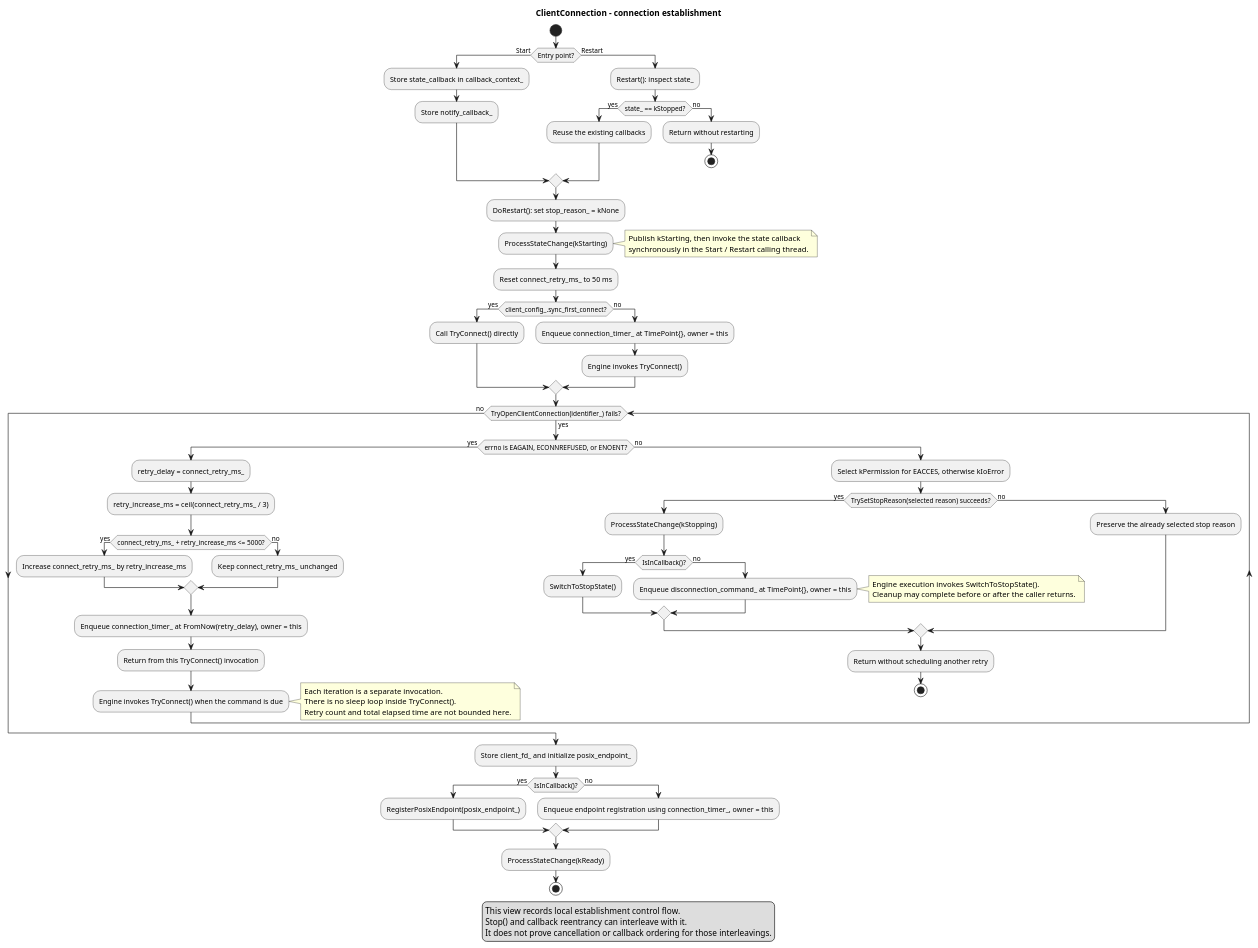
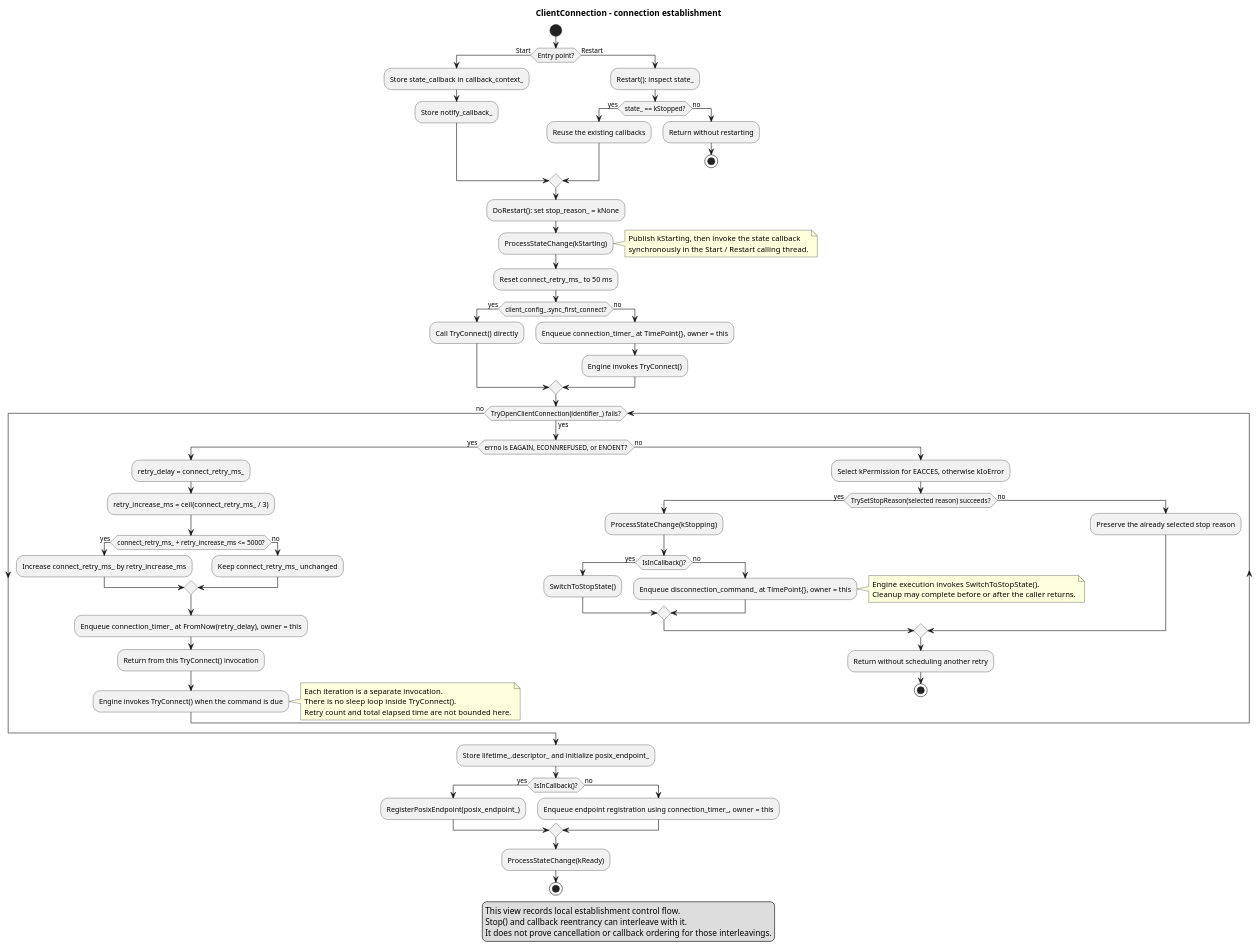
One commit to eclipse-score/communication changed the diagram in score/message_passing/dependability/software_unit_design/client_connection_connect_activity.puml. Above: the diagram before and after it, drawn with PlantUML. The commit also changed 43 other files, not shown here.

```diff
--- a/score/message_passing/dependability/software_unit_design/client_connection_connect_activity.puml
+++ b/score/message_passing/dependability/software_unit_design/client_connection_connect_activity.puml
@@ -1,85 +1,85 @@
 @startuml client_connection_connect_activity
 title ClientConnection - connection establishment
 
 start
 if (Entry point?) then (Start)
     :Store state_callback in callback_context_;
     :Store notify_callback_;
 else (Restart)
     :Restart(): inspect state_;
     if (state_ == kStopped?) then (yes)
         :Reuse the existing callbacks;
     else (no)
         :Return without restarting;
         stop
     endif
 endif
 
 :DoRestart(): set stop_reason_ = kNone;
 :ProcessStateChange(kStarting);
 note right
     Publish kStarting, then invoke the state callback
     synchronously in the Start / Restart calling thread.
 end note
 :Reset connect_retry_ms_ to 50 ms;
 if (client_config_.sync_first_connect?) then (yes)
     :Call TryConnect() directly;
 else (no)
     :Enqueue connection_timer_ at TimePoint{}, owner = this;
     :Engine invokes TryConnect();
 endif
 
 while (TryOpenClientConnection(identifier_) fails?) is (yes)
     if (errno is EAGAIN, ECONNREFUSED, or ENOENT?) then (yes)
         :retry_delay = connect_retry_ms_;
         :retry_increase_ms = ceil(connect_retry_ms_ / 3);
         if (connect_retry_ms_ + retry_increase_ms <= 5000?) then (yes)
             :Increase connect_retry_ms_ by retry_increase_ms;
         else (no)
             :Keep connect_retry_ms_ unchanged;
         endif
         :Enqueue connection_timer_ at FromNow(retry_delay), owner = this;
         :Return from this TryConnect() invocation;
         :Engine invokes TryConnect() when the command is due;
         note right
             Each iteration is a separate invocation.
             There is no sleep loop inside TryConnect().
             Retry count and total elapsed time are not bounded here.
         end note
     else (no)
         :Select kPermission for EACCES, otherwise kIoError;
         if (TrySetStopReason(selected reason) succeeds?) then (yes)
             :ProcessStateChange(kStopping);
             if (IsInCallback()?) then (yes)
                 :SwitchToStopState();
             else (no)
                 :Enqueue disconnection_command_ at TimePoint{}, owner = this;
                 note right
                     Engine execution invokes SwitchToStopState().
                     Cleanup may complete before or after the caller returns.
                 end note
             endif
         else (no)
             :Preserve the already selected stop reason;
         endif
         :Return without scheduling another retry;
         stop
     endif
 endwhile (no)
 
-:Store client_fd_ and initialize posix_endpoint_;
+:Store lifetime_.descriptor_ and initialize posix_endpoint_;
 if (IsInCallback()?) then (yes)
     :RegisterPosixEndpoint(posix_endpoint_);
 else (no)
     :Enqueue endpoint registration using connection_timer_, owner = this;
 endif
 :ProcessStateChange(kReady);
 stop
 
 legend
     This view records local establishment control flow.
     Stop() and callback reentrancy can interleave with it.
     It does not prove cancellation or callback ordering for those interleavings.
 endlegend
 
 @enduml
```
